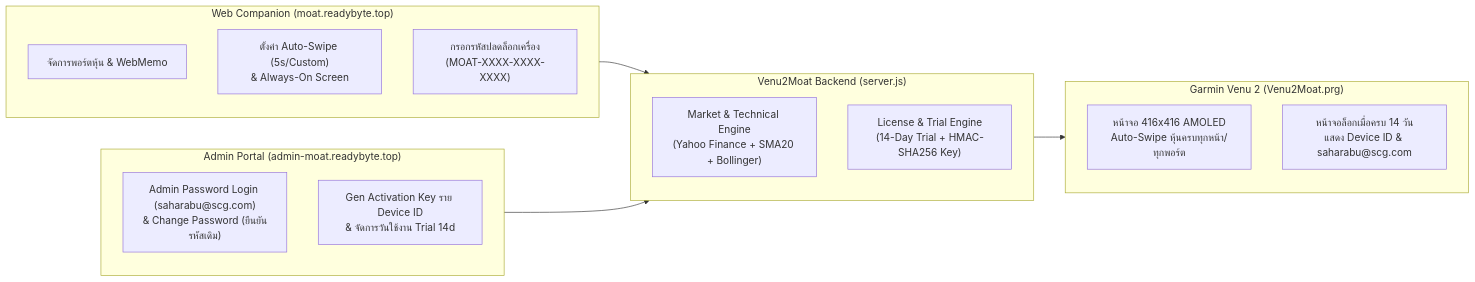
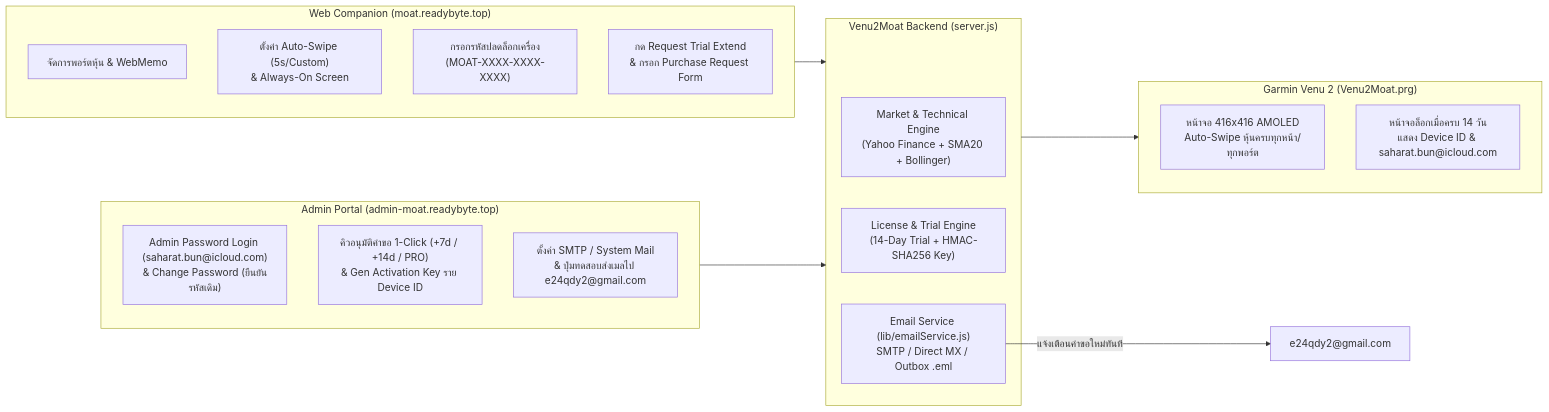
The diagram in README.md (e24qdy2/garmin-venu2-moat), drawn with Mermaid before and after one commit. The commit also changed other lines of this file and 19 other files, not shown here.

````diff
--- a/README.md
+++ b/README.md
@@ -44,27 +45,31 @@
 ```mermaid
 flowchart LR
     subgraph UserWeb["Web Companion (moat.readybyte.top)"]
         W1["จัดการพอร์ตหุ้น & WebMemo"]
         W2["ตั้งค่า Auto-Swipe (5s/Custom)<br/>& Always-On Screen"]
         W3["กรอกรหัสปลดล็อกเครื่อง<br/>(MOAT-XXXX-XXXX-XXXX)"]
+        W4["กด Request Trial Extend<br/>& กรอก Purchase Request Form"]
     end
 
     subgraph AdminWeb["Admin Portal (admin-moat.readybyte.top)"]
-        A1["Admin Password Login (saharabu@scg.com)<br/>& Change Password (ยืนยันรหัสเดิม)"]
-        A2["Gen Activation Key ราย Device ID<br/>& จัดการวันใช้งาน Trial 14d"]
+        A1["Admin Password Login (saharat.bun@icloud.com)<br/>& Change Password (ยืนยันรหัสเดิม)"]
+        A2["คิวอนุมัติคำขอ 1-Click (+7d / +14d / PRO)<br/>& Gen Activation Key ราย Device ID"]
+        A3["ตั้งค่า SMTP / System Mail<br/>& ปุ่มทดสอบส่งเมลไป e24qdy2@gmail.com"]
     end
 
     subgraph CoreAPI["Venu2Moat Backend (server.js)"]
         S1["Market & Technical Engine<br/>(Yahoo Finance + SMA20 + Bollinger)"]
         S2["License & Trial Engine<br/>(14-Day Trial + HMAC-SHA256 Key)"]
+        S3["Email Service (lib/emailService.js)<br/>SMTP / Direct MX / Outbox .eml"]
     end
 
     subgraph Watch["Garmin Venu 2 (Venu2Moat.prg)"]
         G1["หน้าจอ 416x416 AMOLED<br/>Auto-Swipe หุ้นครบทุกหน้า/ทุกพอร์ต"]
-        G2["หน้าจอล็อกเมื่อครบ 14 วัน<br/>แสดง Device ID & saharabu@scg.com"]
+        G2["หน้าจอล็อกเมื่อครบ 14 วัน<br/>แสดง Device ID & saharat.bun@icloud.com"]
     end
 
     UserWeb --> CoreAPI
     AdminWeb --> CoreAPI
     CoreAPI --> Watch
+    S3 -->|"แจ้งเตือนคำขอใหม่ทันที"| Inbox["e24qdy2@gmail.com"]
 ```
````
